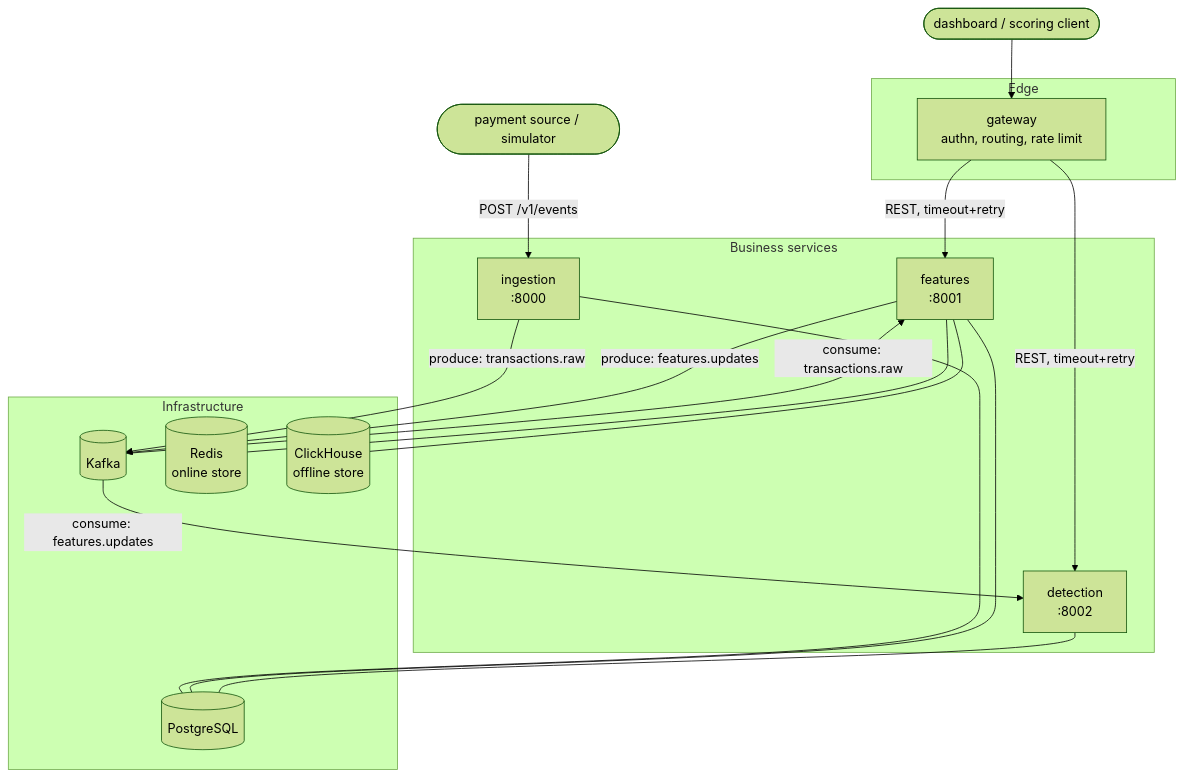
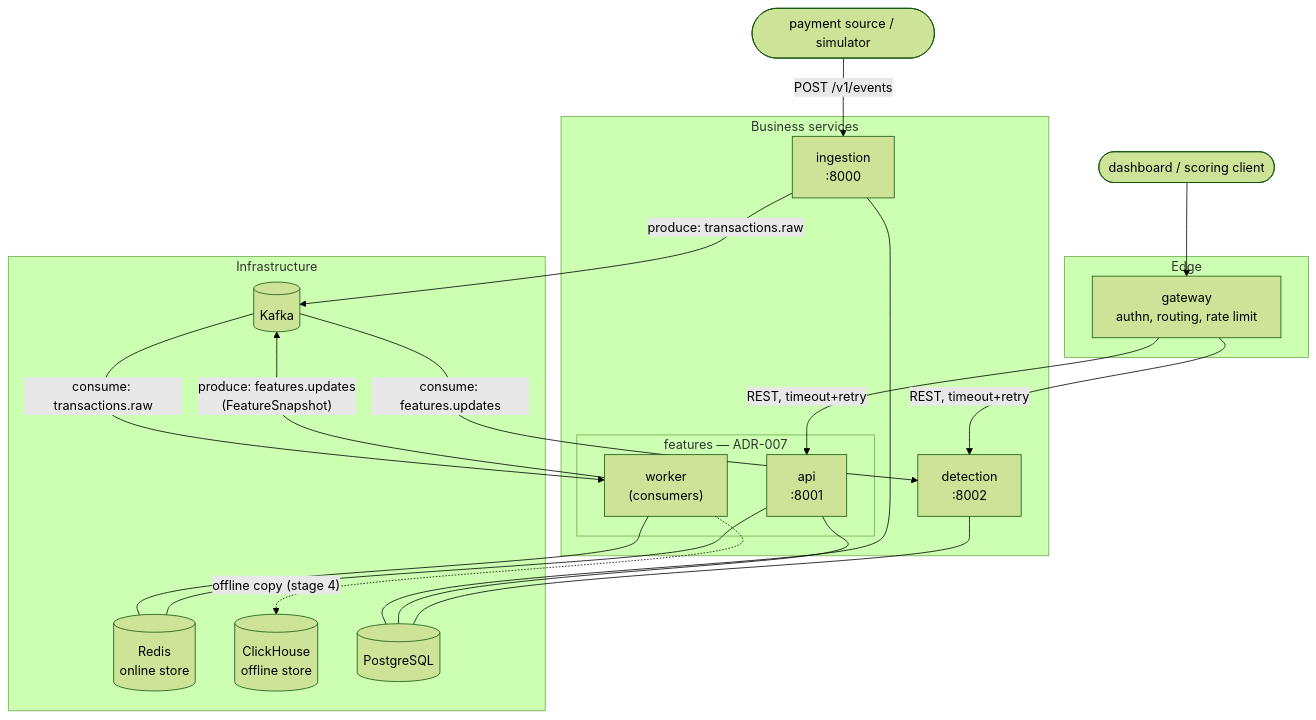
Before and after one commit to voiteshonok/FeatureStore: the first of 2 diagrams in docs/architecture.md, drawn with Mermaid (forest theme). The commit also changed other lines of this file and 2 other files, not shown here.

Commit message:
docs: updated info

````diff
--- a/docs/architecture.md
+++ b/docs/architecture.md
@@ -33,30 +33,34 @@
 ```mermaid
 flowchart TB
     subgraph edge [Edge]
         GW["gateway<br/>authn, routing, rate limit"]
     end
     subgraph core [Business services]
         ING["ingestion<br/>:8000"]
-        FEAT["features<br/>:8001"]
+        subgraph feat [features — ADR-007]
+            FW["worker<br/>(consumers)"]
+            FA["api<br/>:8001"]
+        end
         DET["detection<br/>:8002"]
     end
     subgraph infra [Infrastructure]
         K[(Kafka)]
         R[(Redis<br/>online store)]
         CH[(ClickHouse<br/>offline store)]
         PG[(PostgreSQL)]
     end
     CLIENT([payment source / simulator]) -->|"POST /v1/events"| ING
     DASH([dashboard / scoring client]) --> GW
-    GW -->|"REST, timeout+retry"| FEAT
+    GW -->|"REST, timeout+retry"| FA
     GW -->|"REST, timeout+retry"| DET
     ING -->|"produce: transactions.raw"| K
-    K -->|"consume: transactions.raw"| FEAT
-    FEAT -->|"produce: features.updates"| K
+    K -->|"consume: transactions.raw"| FW
+    FW -->|"produce: features.updates<br/>(FeatureSnapshot)"| K
     K -->|"consume: features.updates"| DET
     ING --- PG
-    FEAT --- R
-    FEAT --- CH
-    FEAT --- PG
+    FW --- R
+    FA --- R
+    FW -.->|"offline copy (stage 4)"| CH
+    FA --- PG
     DET --- PG
 ```
````
